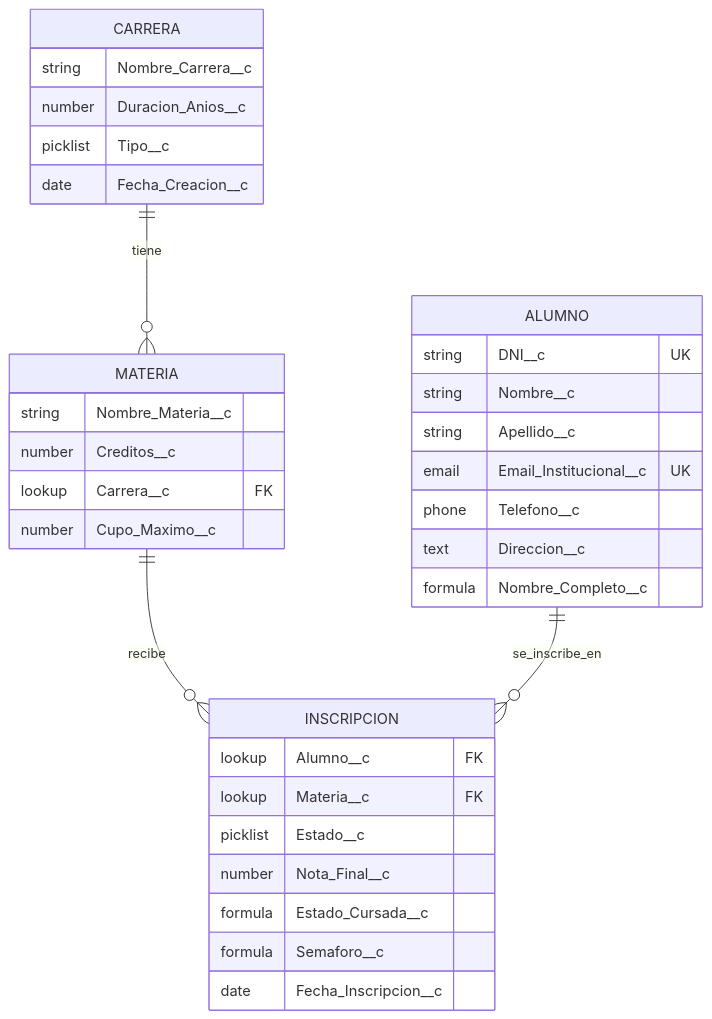
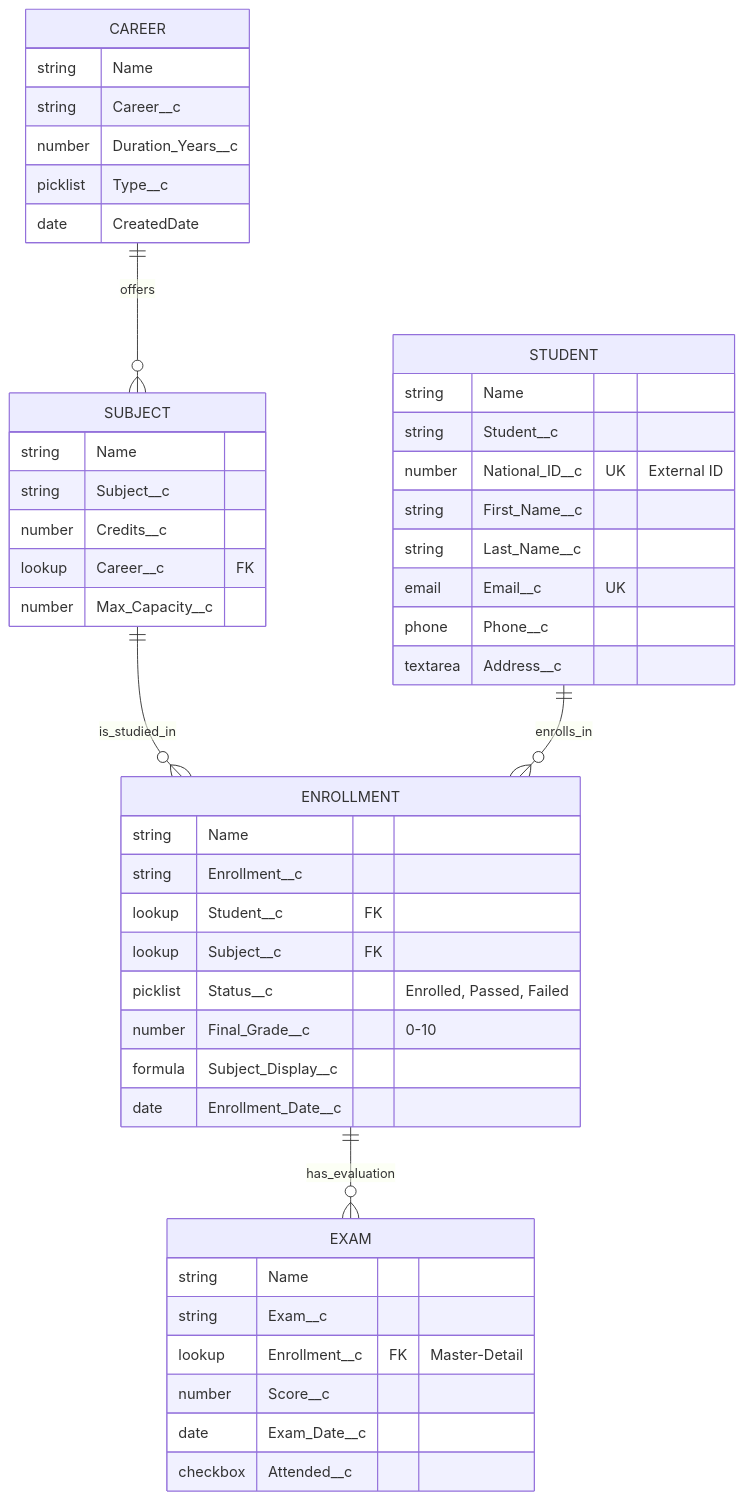
The diagram in content/Lumina_Tech/DIAGRAMA_ERD.md (wigsdev/salesforce_admin), drawn with Mermaid before and after one commit. The commit also changed other lines of this file and 2 other files, not shown here.

Commit message:
docs(diagrams): update ERD, Trello Flow (11 cols), and Security Blueprints to Gold Standard

````diff
--- a/content/Lumina_Tech/DIAGRAMA_ERD.md
+++ b/content/Lumina_Tech/DIAGRAMA_ERD.md
@@ -3,40 +3,54 @@
 ```mermaid
 erDiagram
-    CARRERA ||--o{ MATERIA : "tiene"
-    MATERIA ||--o{ INSCRIPCION : "recibe"
-    ALUMNO ||--o{ INSCRIPCION : "se_inscribe_en"
+    CAREER ||--o{ SUBJECT : "offers"
+    SUBJECT ||--o{ ENROLLMENT : "is_studied_in"
+    STUDENT ||--o{ ENROLLMENT : "enrolls_in"
+    ENROLLMENT ||--o{ EXAM : "has_evaluation"
     
-    CARRERA {
-        string Nombre_Carrera__c
-        number Duracion_Anios__c
-        picklist Tipo__c
-        date Fecha_Creacion__c
+    CAREER {
+        string Name
+        string Career__c
+        number Duration_Years__c
+        picklist Type__c
+        date CreatedDate
     }
     
-    MATERIA {
-        string Nombre_Materia__c
-        number Creditos__c
-        lookup Carrera__c FK
-        number Cupo_Maximo__c
+    SUBJECT {
+        string Name
+        string Subject__c
+        number Credits__c
+        lookup Career__c FK
+        number Max_Capacity__c
     }
     
-    ALUMNO {
-        string DNI__c UK
-        string Nombre__c
-        string Apellido__c
-        email Email_Institucional__c UK
-        phone Telefono__c
-        text Direccion__c
-        formula Nombre_Completo__c
+    STUDENT {
+        string Name
+        string Student__c
+        number National_ID__c UK "External ID"
+        string First_Name__c
+        string Last_Name__c
+        email Email__c UK
+        phone Phone__c
+        textarea Address__c
     }
     
-    INSCRIPCION {
-        lookup Alumno__c FK
-        lookup Materia__c FK
-        picklist Estado__c
-        number Nota_Final__c
-        formula Estado_Cursada__c
-        formula Semaforo__c
-        date Fecha_Inscripcion__c
+    ENROLLMENT {
+        string Name
+        string Enrollment__c
+        lookup Student__c FK
+        lookup Subject__c FK
+        picklist Status__c "Enrolled, Passed, Failed"
+        number Final_Grade__c "0-10"
+        formula Subject_Display__c
+        date Enrollment_Date__c
+    }
+    
+    EXAM {
+        string Name
+        string Exam__c
+        lookup Enrollment__c FK "Master-Detail"
+        number Score__c
+        date Exam_Date__c
+        checkbox Attended__c
     }
 ```
````
